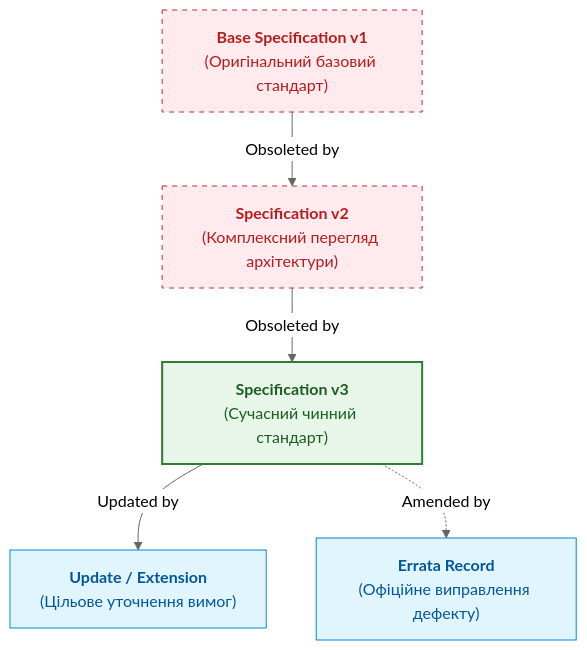
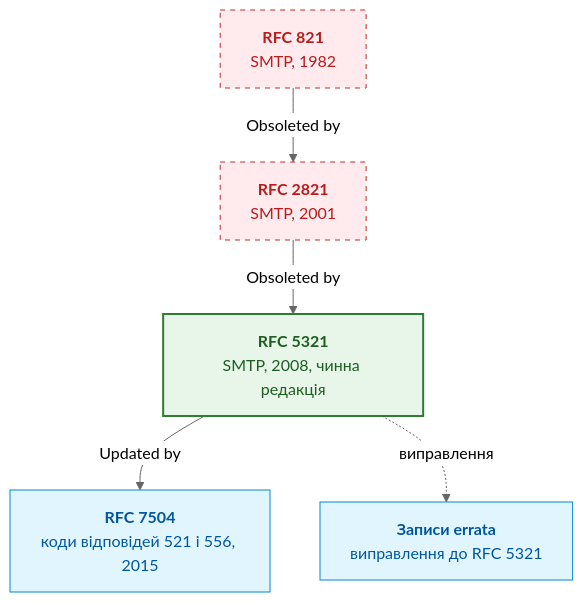
One commit to nick-fedchik/articles changed the fourth of 7 diagrams in ExpertSystem/ch15-knowledge-extraction-and-kb-construction.md. Above: the diagram before and after it, drawn with Mermaid (neutral theme). The commit also changed other lines of this file, not shown here.

````diff
--- a/ExpertSystem/ch15-knowledge-extraction-and-kb-construction.md
+++ b/ExpertSystem/ch15-knowledge-extraction-and-kb-construction.md
@@ -329,24 +401,24 @@
 ```mermaid
 flowchart TD
-    accTitle: Граф версійного походження та заміщення специфікацій
-    accDescr: Дерево еволюції стандартів із відношеннями Obsoletes, Updates, Deprecates та Errata.
+    accTitle: Граф версій специфікації SMTP
+    accDescr: RFC 821 скасовано RFC 2821, RFC 2821 скасовано RFC 5321, RFC 7504 оновлює RFC 5321, до RFC 5321 опубліковано записи про помилки.
 
-    RFC821["<b>Base Specification v1</b><br/>(Оригінальний базовий стандарт)"]
-    RFC2821["<b>Specification v2</b><br/>(Комплексний перегляд архітектури)"]
-    RFC5321["<b>Specification v3</b><br/>(Сучасний чинний стандарт)"]
-    RFC7504["<b>Update / Extension</b><br/>(Цільове уточнення вимог)"]
-    Errata["<b>Errata Record</b><br/>(Офіційне виправлення дефекту)"]
+    RFC821["<b>RFC 821</b><br/>SMTP, 1982"]
+    RFC2821["<b>RFC 2821</b><br/>SMTP, 2001"]
+    RFC5321["<b>RFC 5321</b><br/>SMTP, 2008, чинна редакція"]
+    RFC7504["<b>RFC 7504</b><br/>коди відповідей 521 і 556, 2015"]
+    Errata["<b>Записи errata</b><br/>виправлення до RFC 5321"]
 
     RFC821 -->|Obsoleted by| RFC2821
     RFC2821 -->|Obsoleted by| RFC5321
     RFC5321 -->|Updated by| RFC7504
-    RFC5321 -.->|Amended by| Errata
+    RFC5321 -.->|виправлення| Errata
 
     classDef current fill:#e8f5e9,stroke:#2e7d32,stroke-width:2px,color:#1b5e20;
     classDef old fill:#ffebee,stroke:#c62828,stroke-dasharray:5 5,color:#b71c1c;
     classDef ext fill:#e1f5fe,stroke:#0288d1,stroke-width:1px,color:#01579b;
 
     class RFC5321 current;
     class RFC821,RFC2821 old;
     class RFC7504,Errata ext;
 ```
````
